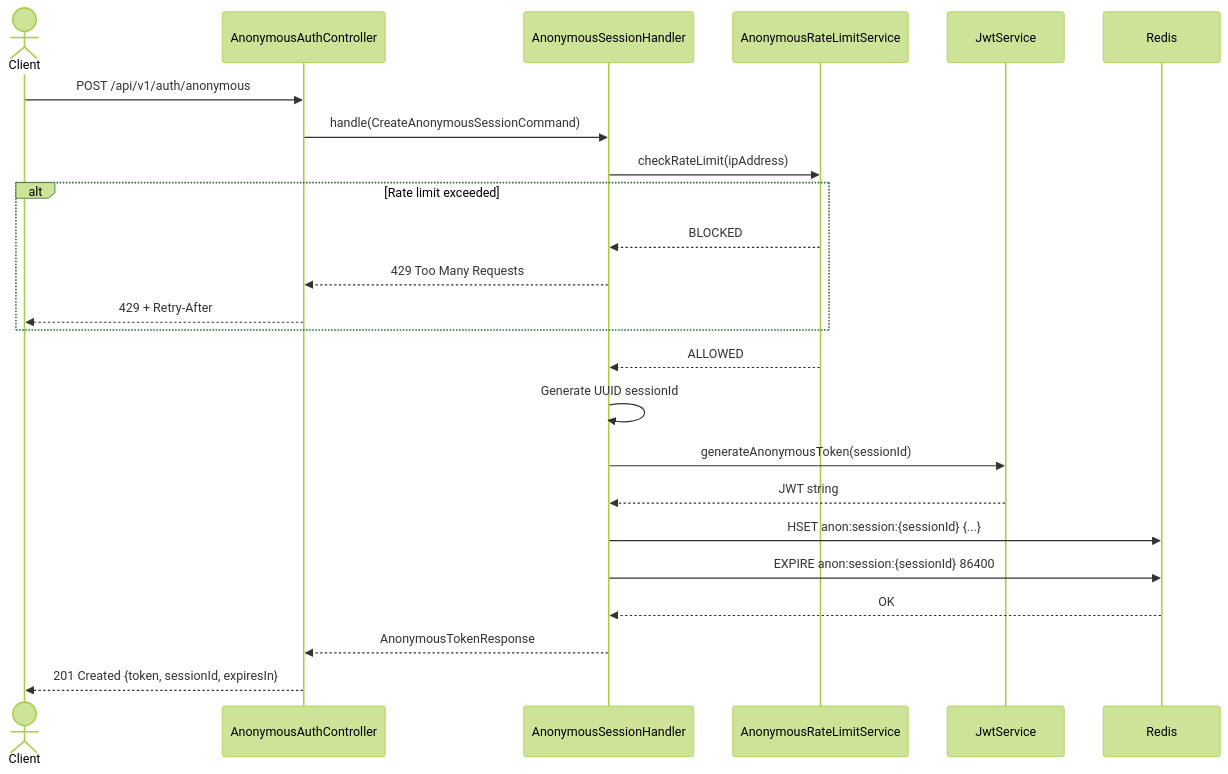
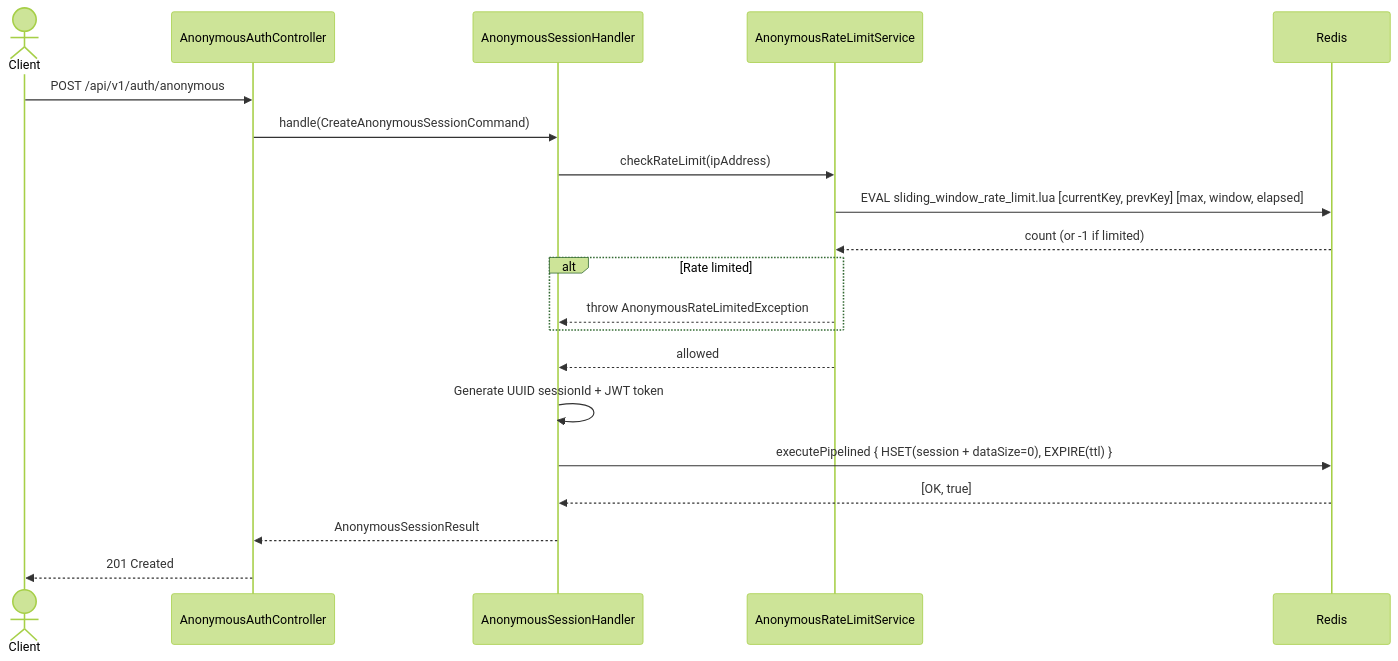
One commit to nguyentthai96/auth-service changed the fifth of 6 diagrams in openspec/research/anonymous-login-optimization/technical_spec.md. Above: the diagram before and after it, drawn with Mermaid (forest theme). The commit also changed other lines of this file and 320 other files, not shown here.

Commit message:
feat(auth-service): update cache and session features

````diff
--- a/openspec/research/anonymous-login-optimization/technical_spec.md
+++ b/openspec/research/anonymous-login-optimization/technical_spec.md
@@ -196,31 +145,27 @@
 ```mermaid
 sequenceDiagram
     actor Client
     participant Controller as AnonymousAuthController
     participant Handler as AnonymousSessionHandler
-    participant RateLimit as AnonymousRateLimitService
-    participant JwtSvc as JwtService
+    participant RateLimitSvc as AnonymousRateLimitService
     participant Redis
-    
+
     Client->>Controller: POST /api/v1/auth/anonymous
     Controller->>Handler: handle(CreateAnonymousSessionCommand)
     
-    Handler->>RateLimit: checkRateLimit(ipAddress)
-    alt Rate limit exceeded
-        RateLimit-->>Handler: BLOCKED
-        Handler-->>Controller: 429 Too Many Requests
-        Controller-->>Client: 429 + Retry-After
+    Handler->>RateLimitSvc: checkRateLimit(ipAddress)
+    RateLimitSvc->>Redis: EVAL sliding_window_rate_limit.lua [currentKey, prevKey] [max, window, elapsed]
+    Redis-->>RateLimitSvc: count (or -1 if limited)
+    alt Rate limited
+        RateLimitSvc-->>Handler: throw AnonymousRateLimitedException
     end
-    RateLimit-->>Handler: ALLOWED
+    RateLimitSvc-->>Handler: allowed
     
-    Handler->>Handler: Generate UUID sessionId
-    Handler->>JwtSvc: generateAnonymousToken(sessionId)
-    JwtSvc-->>Handler: JWT string
+    Handler->>Handler: Generate UUID sessionId + JWT token
     
-    Handler->>Redis: HSET anon:session:{sessionId} {...}
-    Handler->>Redis: EXPIRE anon:session:{sessionId} 86400
-    Redis-->>Handler: OK
+    Handler->>Redis: executePipelined { HSET(session + dataSize=0), EXPIRE(ttl) }
+    Redis-->>Handler: [OK, true]
     
-    Handler-->>Controller: AnonymousTokenResponse
-    Controller-->>Client: 201 Created {token, sessionId, expiresIn}
+    Handler-->>Controller: AnonymousSessionResult
+    Controller-->>Client: 201 Created
 ```
````
